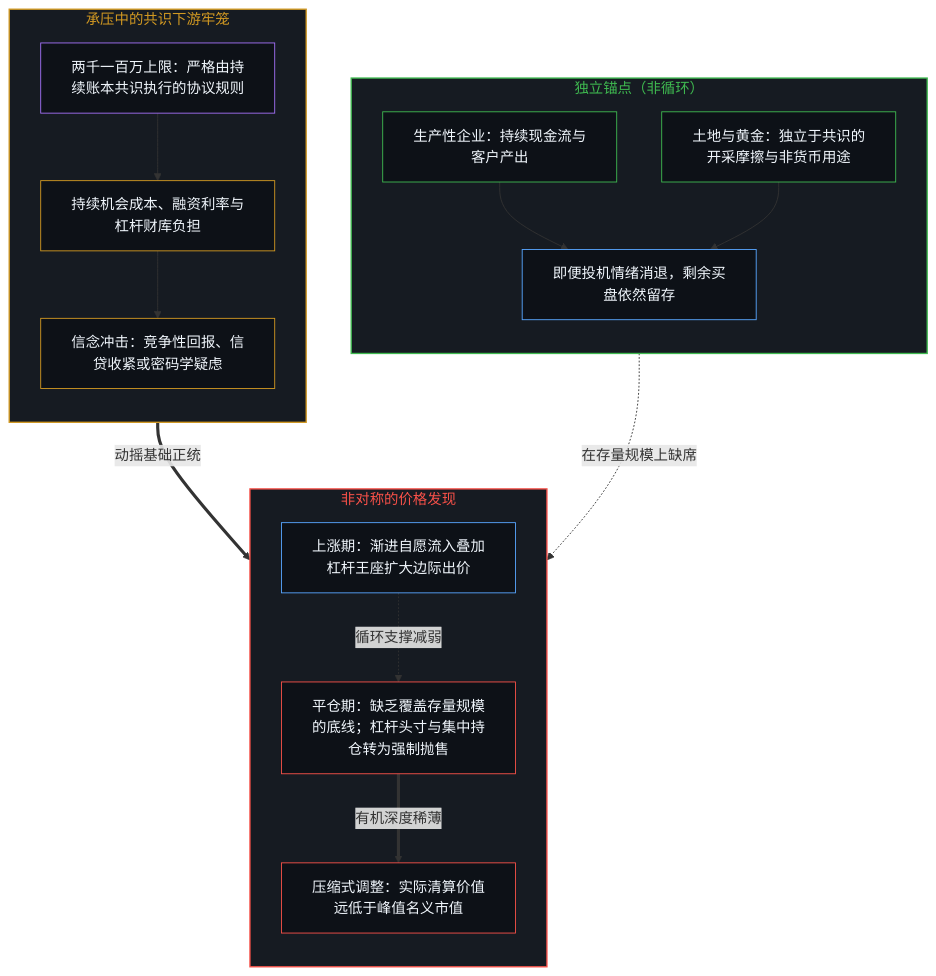
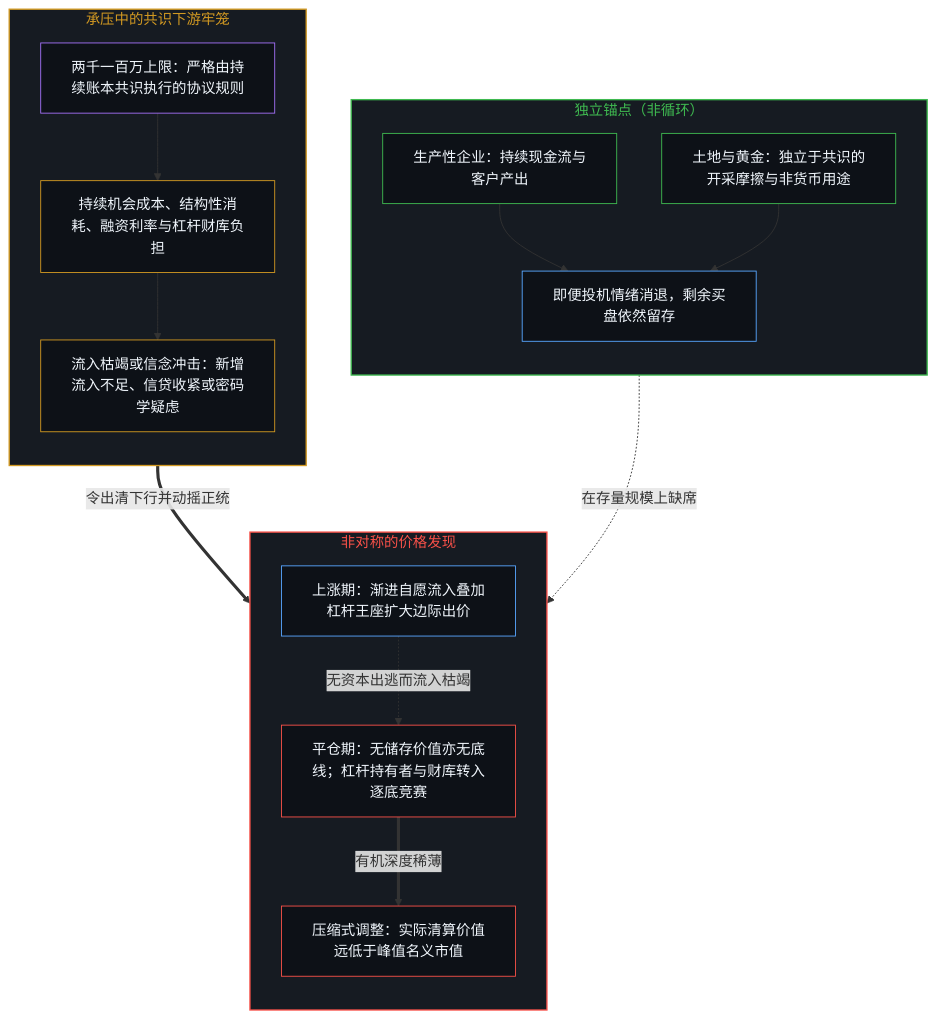
One commit to powerpig99/not-a-toe changed the third of 4 diagrams in content/posts/the-boundary-of-bitcoin-as-a-value-storage-fairytale.md. Above: the diagram before and after it, drawn with Mermaid. The commit also changed other lines of this file and 2 other files, not shown here.

````diff
--- a/content/posts/the-boundary-of-bitcoin-as-a-value-storage-fairytale.md
+++ b/content/posts/the-boundary-of-bitcoin-as-a-value-storage-fairytale.md
@@ -165,40 +165,40 @@
 ```mermaid
 flowchart TD
     subgraph S_Anchor["独立锚点（非循环）"]
         direction TB
         A1["生产性企业：持续现金流与客户产出"]
         A2["土地与黄金：独立于共识的开采摩擦与非货币用途"]
         A3["即便投机情绪消退，剩余买盘依然留存"]
         A1 --> A3
         A2 --> A3
     end
     subgraph S_BTC["承压中的共识下游牢笼"]
         direction TB
         B1["两千一百万上限：严格由持续账本共识执行的协议规则"]
-        B2["持续机会成本、融资利率与杠杆财库负担"]
-        B3["信念冲击：竞争性回报、信贷收紧或密码学疑虑"]
+        B2["持续机会成本、结构性消耗、融资利率与杠杆财库负担"]
+        B3["流入枯竭或信念冲击：新增流入不足、信贷收紧或密码学疑虑"]
         B1 --> B2 --> B3
     end
     subgraph S_Asym["非对称的价格发现"]
         direction TB
         D1["上涨期：渐进自愿流入叠加杠杆王座扩大边际出价"]
-        D2["平仓期：缺乏覆盖存量规模的底线；杠杆头寸与集中持仓转为强制抛售"]
+        D2["平仓期：无储存价值亦无底线；杠杆持有者与财库转入逐底竞赛"]
         D3["压缩式调整：实际清算价值远低于峰值名义市值"]
-        D1 -.->|"循环支撑减弱"| D2
+        D1 -.->|"无资本出逃而流入枯竭"| D2
         D2 ==>|"有机深度稀薄"| D3
     end
-    B3 ==>|"动摇基础正统"| D2
+    B3 ==>|"令出清下行并动摇正统"| D2
     A3 -.->|"在存量规模上缺席"| D2
     style S_Anchor fill:#161b22,stroke:#3fb950,stroke-width:1.5px,color:#3fb950
     style S_BTC fill:#161b22,stroke:#d29922,stroke-width:1.5px,color:#d29922
     style S_Asym fill:#161b22,stroke:#f85149,stroke-width:1.5px,color:#f85149
     style A1 fill:#0d1117,stroke:#3fb950,stroke-width:1px,color:#f0f6fc
     style A2 fill:#0d1117,stroke:#3fb950,stroke-width:1px,color:#f0f6fc
     style A3 fill:#0d1117,stroke:#58a6ff,stroke-width:1px,color:#f0f6fc
     style B1 fill:#0d1117,stroke:#a371f7,stroke-width:1px,color:#f0f6fc
     style B2 fill:#0d1117,stroke:#d29922,stroke-width:1px,color:#f0f6fc
     style B3 fill:#0d1117,stroke:#d29922,stroke-width:1px,color:#f0f6fc
     style D1 fill:#0d1117,stroke:#58a6ff,stroke-width:1px,color:#f0f6fc
     style D2 fill:#0d1117,stroke:#f85149,stroke-width:1px,color:#f0f6fc
     style D3 fill:#0d1117,stroke:#f85149,stroke-width:1px,color:#f0f6fc
 ```
````
